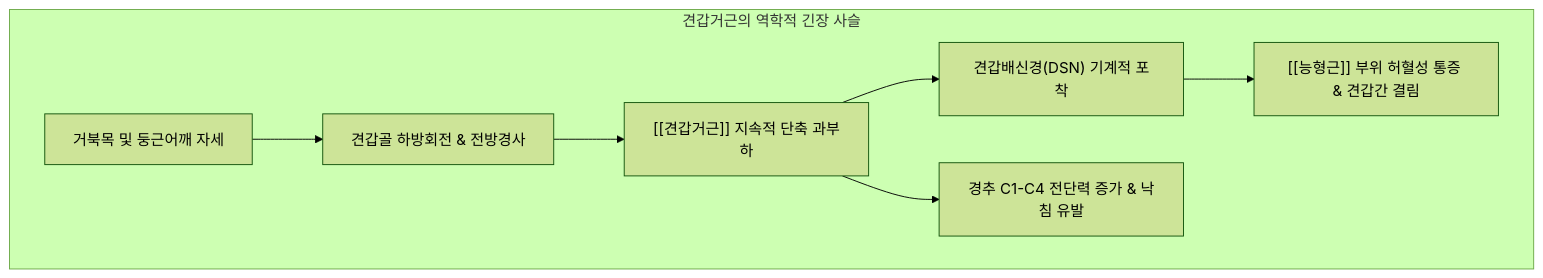
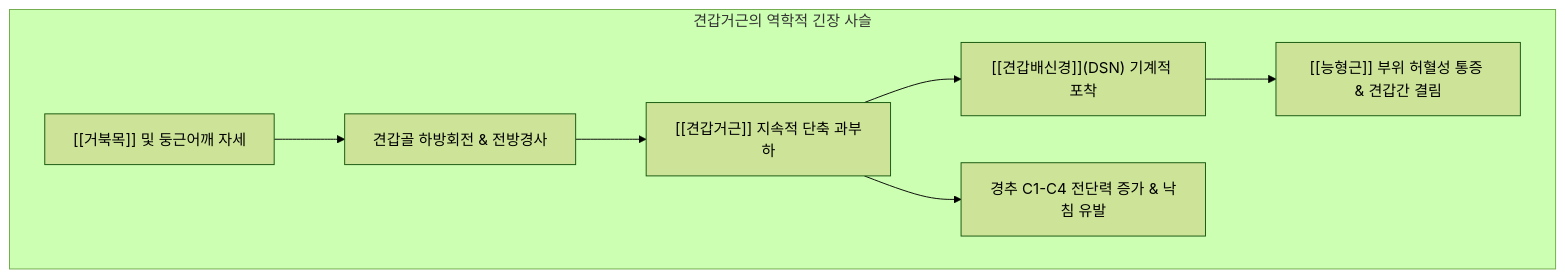
One commit to simbio11/simbio-digital-garden2 changed the second of 3 diagrams in content/1. 근골격계 공부/근육/(3) 어깨죽지/견갑거근.md. Above: the diagram before and after it, drawn with Mermaid (forest theme). The commit also changed other lines of this file and 150 other files, not shown here.

````diff
--- a/content/1. 근골격계 공부/근육/(3) 어깨죽지/견갑거근.md
+++ b/content/1. 근골격계 공부/근육/(3) 어깨죽지/견갑거근.md
@@ -67,10 +74,10 @@
 ```mermaid
 flowchart TD
     subgraph LevatorBiomechanics [견갑거근의 역학적 긴장 사슬]
-        A["거북목 및 둥근어깨 자세"] --> B["견갑골 하방회전 & 전방경사"]
+        A["[[거북목]] 및 둥근어깨 자세"] --> B["견갑골 하방회전 & 전방경사"]
         B --> C["[[견갑거근]] 지속적 단축 과부하"]
-        C --> D["견갑배신경(DSN) 기계적 포착"]
+        C --> D["[[견갑배신경]](DSN) 기계적 포착"]
         D --> E["[[능형근]] 부위 허혈성 통증 & 견갑간 결림"]
         C --> F["경추 C1-C4 전단력 증가 & 낙침 유발"]
     end
 ```
````
